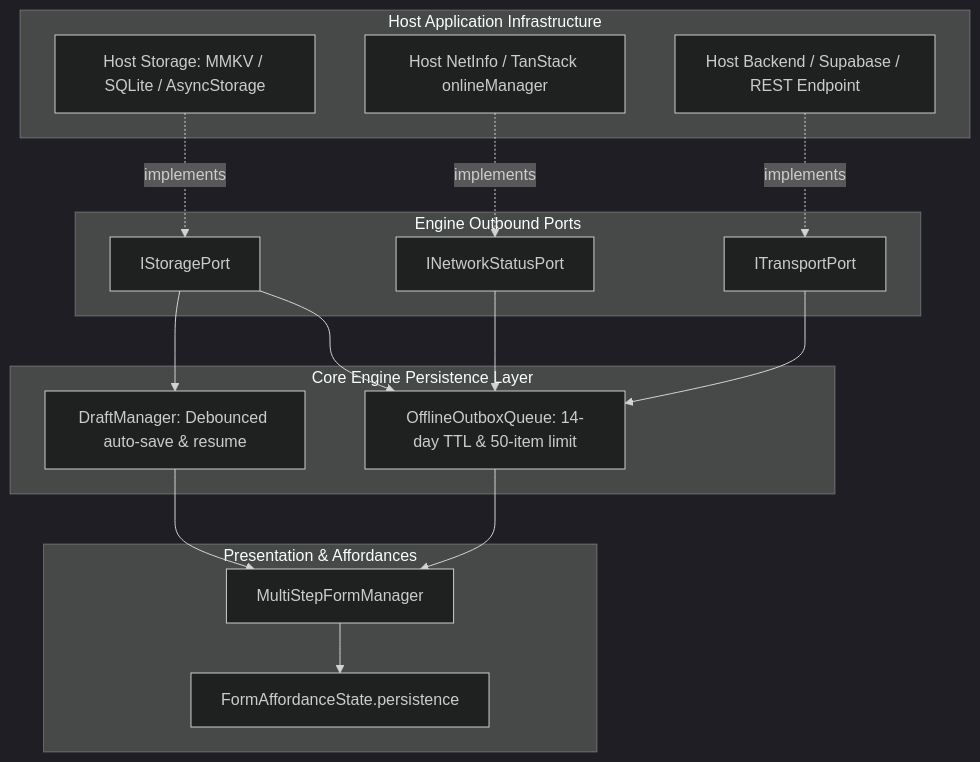
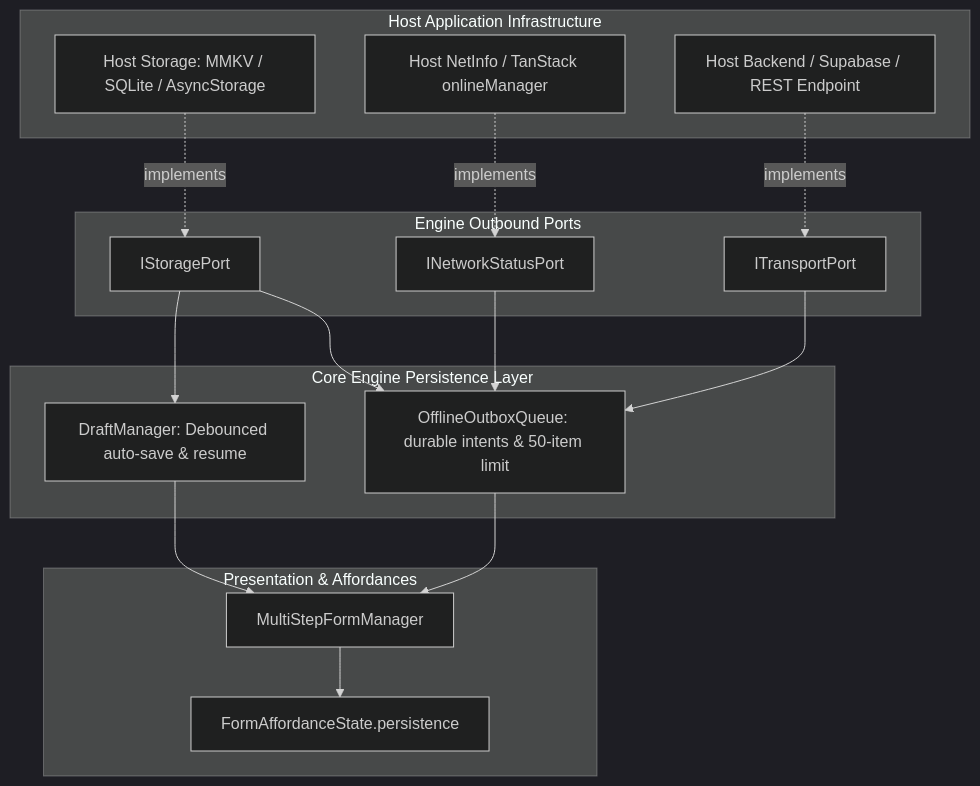
One commit to Intuitui-Labs/form-builder changed the diagram in docs/architecture/offline-first-persistence-and-outbox.md. Above: the diagram before and after it, drawn with Mermaid (dark theme). The commit also changed other lines of this file and 59 other files, not shown here.

````diff
--- a/docs/architecture/offline-first-persistence-and-outbox.md
+++ b/docs/architecture/offline-first-persistence-and-outbox.md
@@ -23,34 +23,34 @@
 ```mermaid
 graph TD
     subgraph Host Application Infrastructure
         HA[Host Storage: MMKV / SQLite / AsyncStorage]
         HN[Host NetInfo / TanStack onlineManager]
         HT[Host Backend / Supabase / REST Endpoint]
     end
 
     subgraph Engine Outbound Ports
         P1[IStoragePort]
         P2[INetworkStatusPort]
         P3[ITransportPort]
     end
 
     subgraph Core Engine Persistence Layer
         DM[DraftManager: Debounced auto-save & resume]
-        OQ[OfflineOutboxQueue: 14-day TTL & 50-item limit]
+        OQ[OfflineOutboxQueue: durable intents & 50-item limit]
     end
 
     subgraph Presentation & Affordances
         MSM[MultiStepFormManager]
         AS[FormAffordanceState.persistence]
     end
 
     HA -.->|implements| P1
     HN -.->|implements| P2
     HT -.->|implements| P3
 
     P1 --> DM & OQ
     P2 --> OQ
     P3 --> OQ
     DM & OQ --> MSM
     MSM --> AS
 ```
````
